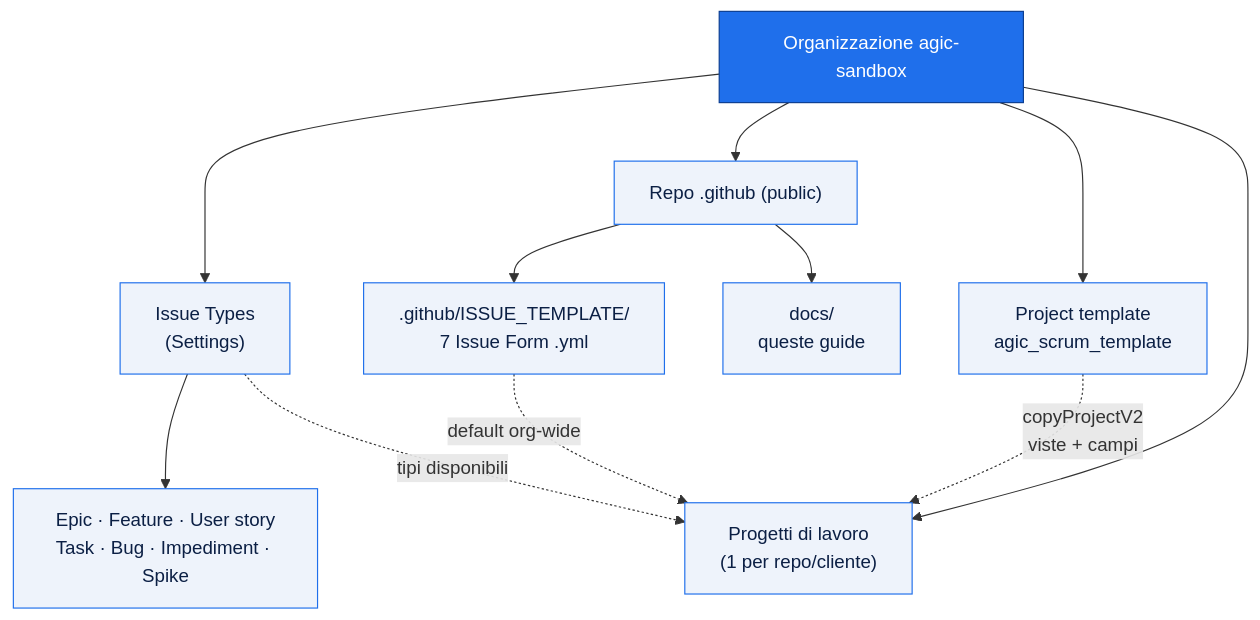
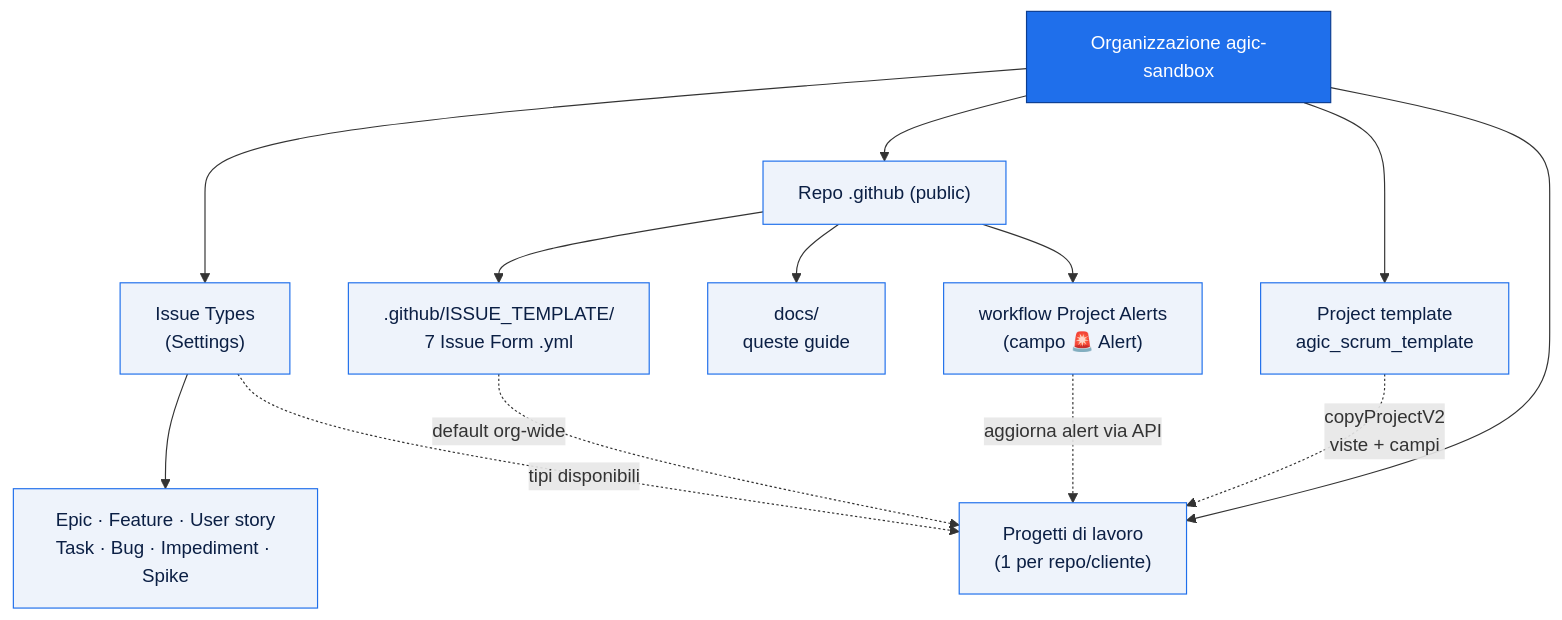
One commit to agic-sandbox/.github changed the diagram in docs/README.md. Above: the diagram before and after it, drawn with Mermaid. The commit also changed other lines of this file and 1 other file, not shown here.

Commit message:
docs: guida 04 Project Alerts (automazione allarmi) (#2)

````diff
--- a/docs/README.md
+++ b/docs/README.md
@@ -16,23 +17,25 @@
 ```mermaid
 flowchart TD
     ORG["Organizzazione agic-sandbox"]
 
     ORG --> TYPES["Issue Types<br/>(Settings)"]
     ORG --> GH["Repo .github (public)"]
     ORG --> TPL["Project template<br/>agic_scrum_template"]
     ORG --> WORK["Progetti di lavoro<br/>(1 per repo/cliente)"]
 
     TYPES --> T1["Epic · Feature · User story<br/>Task · Bug · Impediment · Spike"]
 
     GH --> FORMS[".github/ISSUE_TEMPLATE/<br/>7 Issue Form .yml"]
     GH --> DOCS["docs/<br/>queste guide"]
+    GH --> ALERTS["workflow Project Alerts<br/>(campo 🚨 Alert)"]
 
     TPL -.->|copyProjectV2<br/>viste + campi| WORK
     FORMS -.->|default org-wide| WORK
     TYPES -.->|tipi disponibili| WORK
+    ALERTS -.->|aggiorna alert via API| WORK
 
     classDef org fill:#1f6feb,stroke:#0b3d91,color:#fff;
     classDef node fill:#eef3fb,stroke:#1f6feb,color:#0b1f44;
     class ORG org;
-    class TYPES,GH,TPL,WORK,T1,FORMS,DOCS node;
+    class TYPES,GH,TPL,WORK,T1,FORMS,DOCS,ALERTS node;
 ```
````
